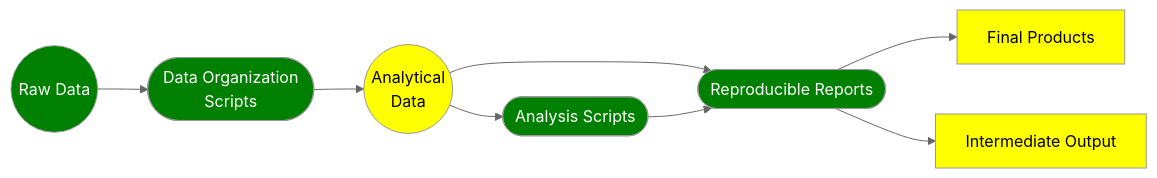
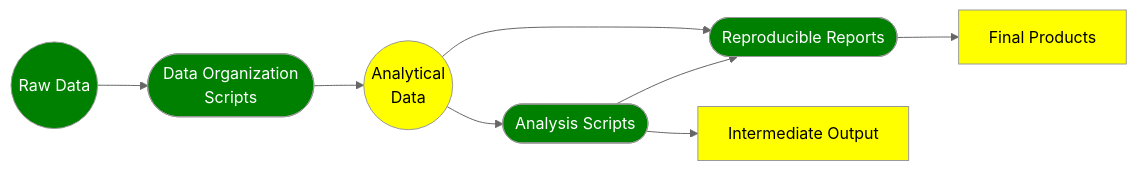
Before and after one commit to AaronGullickson/research-template: the diagram in README.md, drawn with Mermaid (neutral theme).

Commit message:
Correct diagram

````diff
--- a/README.md
+++ b/README.md
@@ -45,12 +45,13 @@
 ```mermaid
 flowchart LR
     A((Raw Data)):::real --> B[Data Organization\nScripts]:::real
     B([Data Organization\nScripts]):::real --> C((Analytical\nData)):::artifact
     C((Analytical\nData)):::artifact --> D([Analysis Scripts]):::real
     C((Analytical\nData)):::artifact --> E([Reproducible Reports]):::real
+    D([Analysis Scripts]):::real -->  F[Intermediate Output]:::artifact
     E([Reproducible Reports]):::real --> G[Final Products]:::artifact
-    E([Reproducible Reports]):::real --> F[Intermediate Output]:::artifact
     D([Analysis Scripts]):::real --> E([Reproducible Reports]):::real
+    
     classDef real fill:green,color:#fff
     classDef artifact fill:yellow,color:#000
 ```
````
